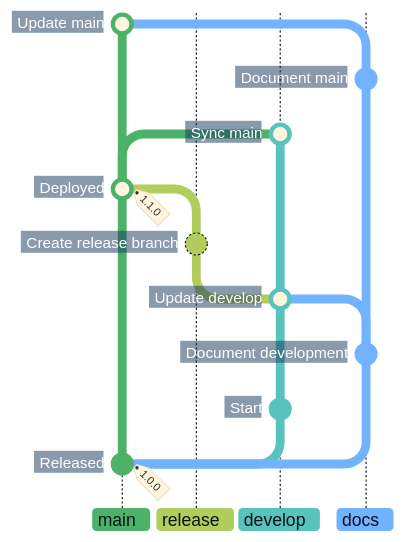
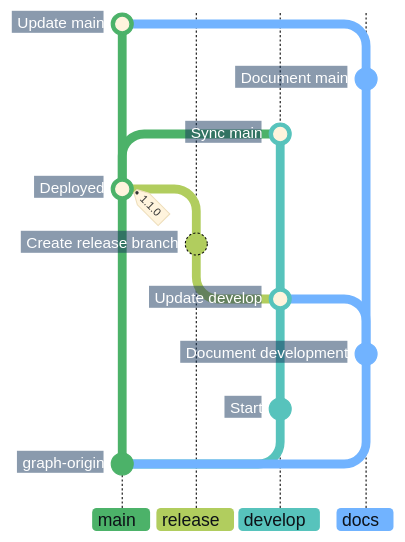
Before and after one commit to superhero/operations.superduper.solutions: the fifth of 5 diagrams in docs/adr/cicd.md, drawn with Mermaid.

Commit message:
docs: remove the initial marker from the documentation graph
Keep an invisible root for Mermaid branch connections while omitting its commit marker and initial version tag.

````diff
--- a/docs/adr/cicd.md
+++ b/docs/adr/cicd.md
@@ -172,29 +172,29 @@
 ```mermaid
-%%{init: {"theme": "base", "themeCSS": "line.branch { stroke: #8B949E; stroke-width: 1px; stroke-dasharray: 1 4; stroke-linecap: round; } .branchLabel, .tag-label { font-weight: 700; } .tag-label-bkg, .commit-label-bkg { opacity: 0.9; } .tag-label-bkg { fill: #B8E6C4; stroke: #8ED3A2; } .branchLabelBkg { opacity: 1; clip-path: inset(0 8px 0 0 round 4px) fill-box; } .commit-labels g:nth-last-of-type(-n+2) { visibility: hidden; } .commit-labels g { transform-box: fill-box; transform-origin: calc(100% + 17px) calc(50% + 2px); transform: rotate(-10deg); } .commit-label { font-weight: 700; transform: translateX(-8px); } .commit-label-bkg { stroke: #17365D; stroke-width: 20px; transform: translateX(-5px); clip-path: polygon(-4px -4px, calc(100% + 4px) -4px, calc(100% + 10px) 50%, calc(100% + 4px) calc(100% + 4px), -4px calc(100% + 4px)) fill-box; } .commit.branch { stroke: #B1CD5E; stroke-dasharray: none; }", "gitGraph": {"showCommitLabel": true, "rotateCommitLabel": false}, "themeVariables": {
+%%{init: {"theme": "base", "themeCSS": "line.branch { stroke: #8B949E; stroke-width: 1px; stroke-dasharray: 1 4; stroke-linecap: round; } .branchLabel, .tag-label { font-weight: 700; } .tag-label-bkg, .commit-label-bkg { opacity: 0.9; } .tag-label-bkg { fill: #B8E6C4; stroke: #8ED3A2; } .branchLabelBkg { opacity: 1; clip-path: inset(0 8px 0 0 round 4px) fill-box; } .commit-labels g:nth-last-of-type(-n+2), .commit.graph-origin { visibility: hidden; } .commit-labels g { transform-box: fill-box; transform-origin: calc(100% + 17px) calc(50% + 2px); transform: rotate(-10deg); } .commit-label { font-weight: 700; transform: translateX(-8px); } .commit-label-bkg { stroke: #17365D; stroke-width: 20px; transform: translateX(-5px); clip-path: polygon(-4px -4px, calc(100% + 4px) -4px, calc(100% + 10px) 50%, calc(100% + 4px) calc(100% + 4px), -4px calc(100% + 4px)) fill-box; } .commit.branch { stroke: #B1CD5E; stroke-dasharray: none; }", "gitGraph": {"showCommitLabel": true, "rotateCommitLabel": false}, "themeVariables": {
     "commitLabelFontSize": "14px", "commitLabelColor": "#FFFFFF", "commitLabelBackground": "#17365D",
     "git0": "#4CB269", "gitBranchLabel0": "#0D1117",
     "git1": "#B1CD5E", "gitBranchLabel1": "#0D1117",
     "git2": "#57C3BC", "gitBranchLabel2": "#0D1117",
     "git3": "#71B3FF", "gitBranchLabel3": "#0D1117"
 }}}%%
 gitGraph BT:
-    %% Hide the two initial notes while retaining their branch connections.
-    commit id: "Released" tag: "1.0.0"
+    %% Keep an invisible root for the branch connections; hide both initial notes.
+    commit id: "graph-origin"
     branch develop order: 2
     commit id: "Start"
     checkout main
     branch docs order: 3
     commit id: "Document development"
     checkout develop
     merge docs id: "Update develop"
     branch release order: 1
     commit id: "Create release branch"
     checkout main
     merge release id: "Deployed" tag: "1.1.0"
     checkout develop
     merge main id: "Sync main"
     checkout docs
     commit id: "Document main"
     checkout main
     merge docs id: "Update main"
 ```
````
